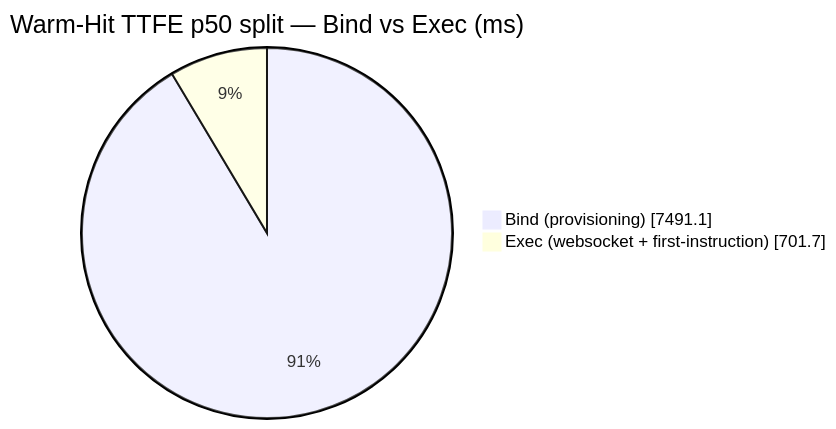
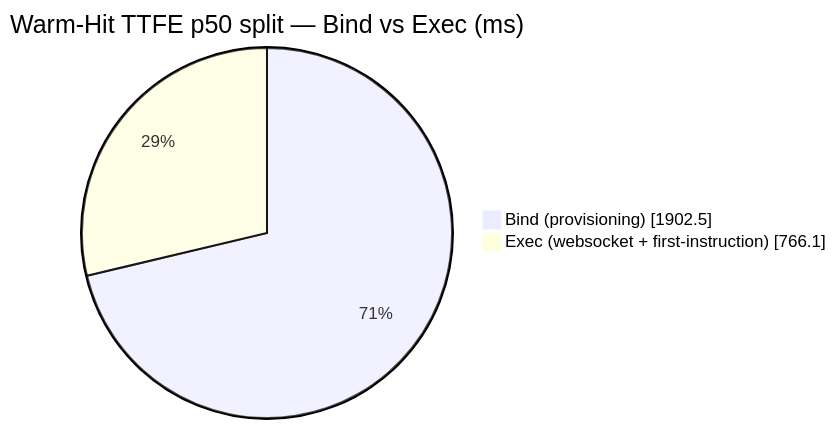
The diagram in DETAILS.md (AlexBulankou/honest-bench), drawn with Mermaid before and after one commit. The commit also changed other lines of this file and 4 other files, not shown here.

````diff
--- a/DETAILS.md
+++ b/DETAILS.md
@@ -125,6 +126,6 @@
 ```mermaid
 pie showData
     title Warm-Hit TTFE p50 split — Bind vs Exec (ms)
-    "Bind (provisioning)" : 7491.1
-    "Exec (websocket + first-instruction)" : 701.7
+    "Bind (provisioning)" : 1902.5
+    "Exec (websocket + first-instruction)" : 766.1
 ```
````
